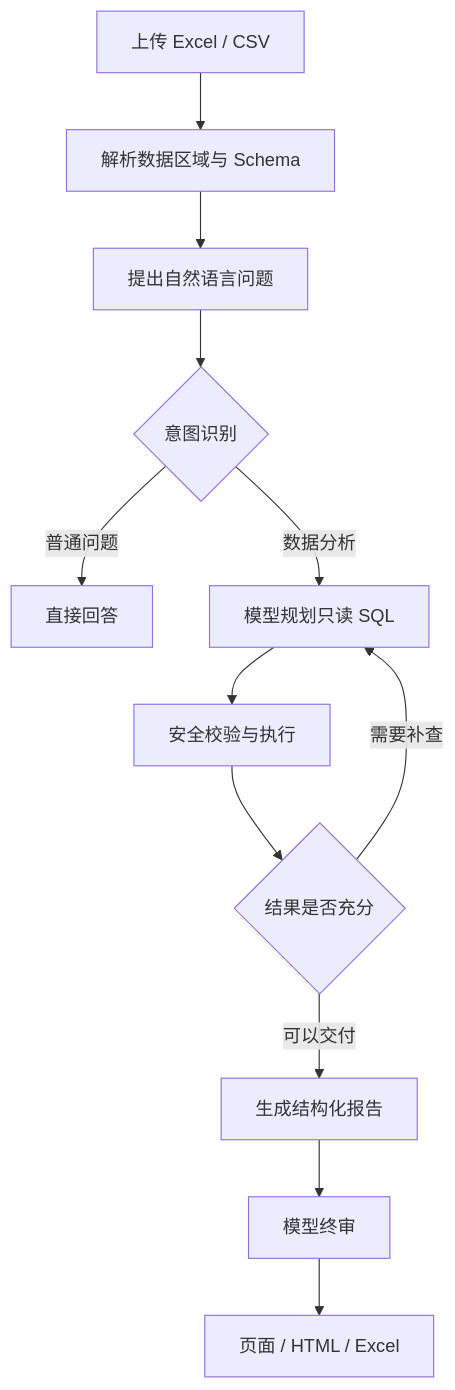
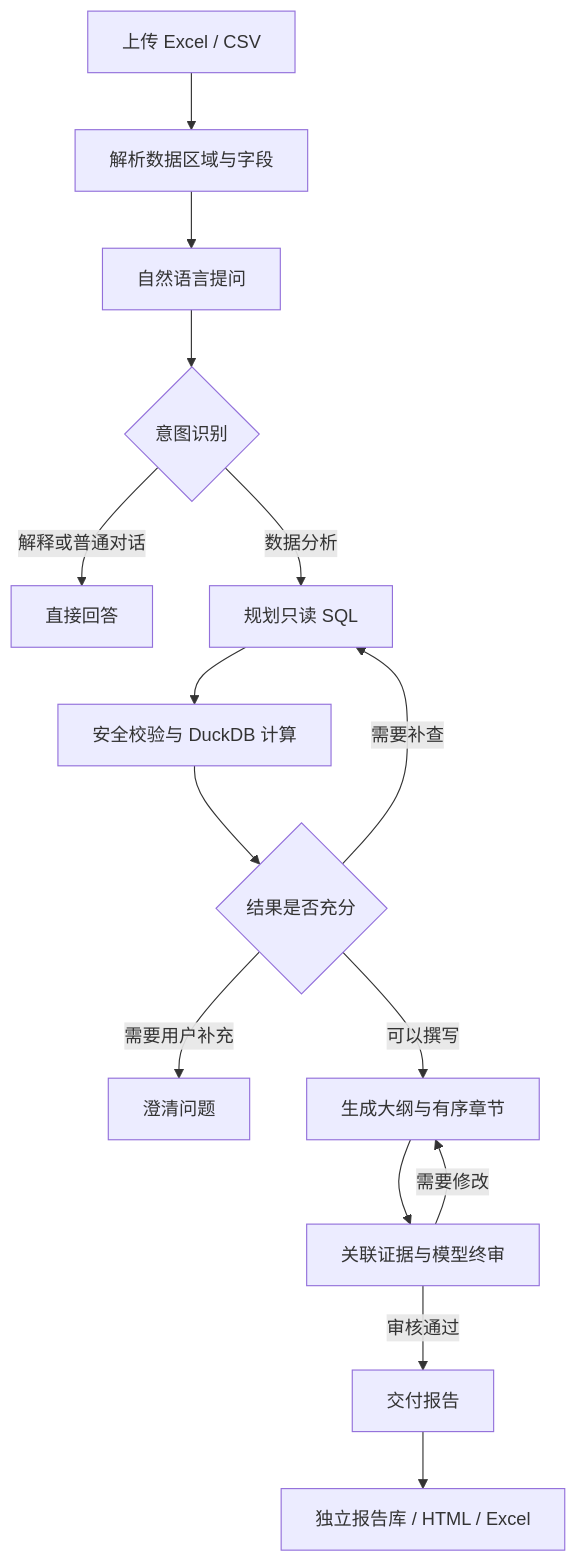
The diagram in README.md (3072074133-rgb/veralyt), drawn with Mermaid before and after one commit. The commit also changed other lines of this file, not shown here.

Commit message:
docs: add feature overview and agent architecture

````diff
--- a/README.md
+++ b/README.md
@@ -58,14 +57,17 @@
 ```mermaid
 flowchart TD
-    A[上传 Excel / CSV] --> B[解析数据区域与 Schema]
-    B --> C[提出自然语言问题]
+    A[上传 Excel / CSV] --> B[解析数据区域与字段]
+    B --> C[自然语言提问]
     C --> D{意图识别}
-    D -->|普通问题| E[直接回答]
-    D -->|数据分析| F[模型规划只读 SQL]
-    F --> G[安全校验与执行]
+    D -->|解释或普通对话| E[直接回答]
+    D -->|数据分析| F[规划只读 SQL]
+    F --> G[安全校验与 DuckDB 计算]
     G --> H{结果是否充分}
     H -->|需要补查| F
-    H -->|可以交付| I[生成结构化报告]
-    I --> J[模型终审]
-    J --> K[页面 / HTML / Excel]
+    H -->|需要用户补充| Q[澄清问题]
+    H -->|可以撰写| I[生成大纲与有序章节]
+    I --> J[关联证据与模型终审]
+    J -->|需要修改| I
+    J -->|审核通过| K[交付报告]
+    K --> L[独立报告库 / HTML / Excel]
 ```
````
